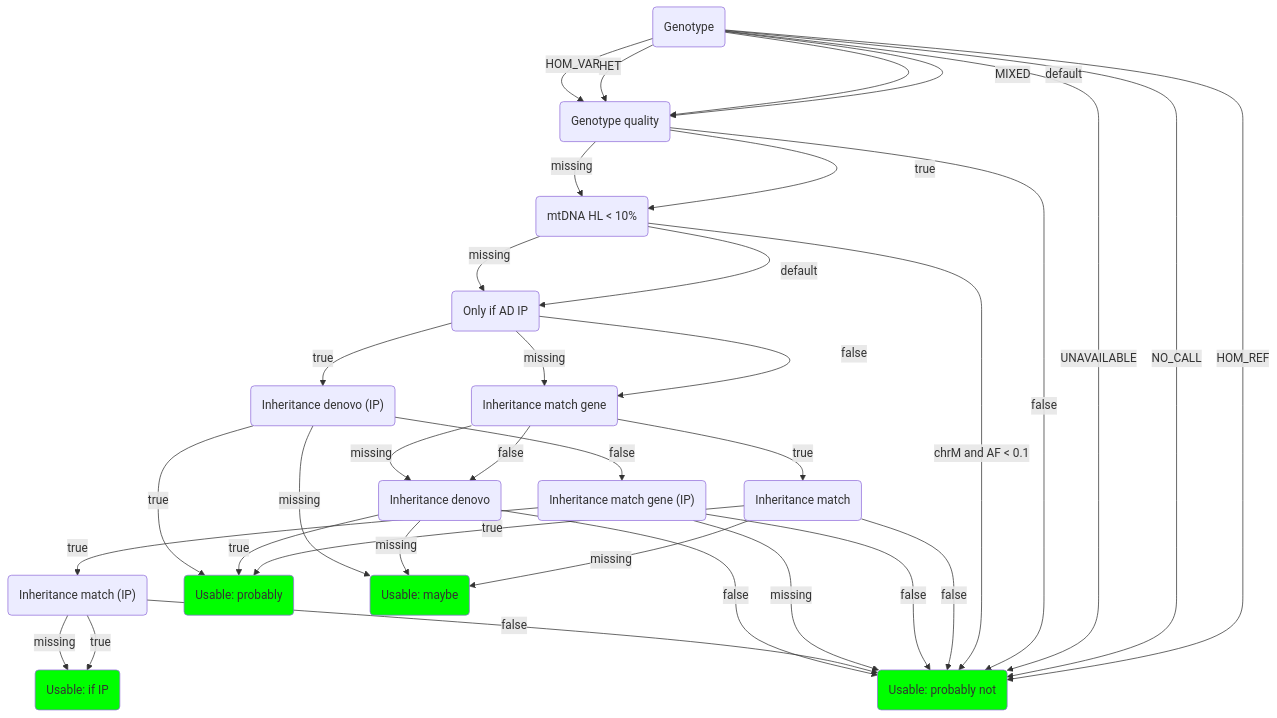
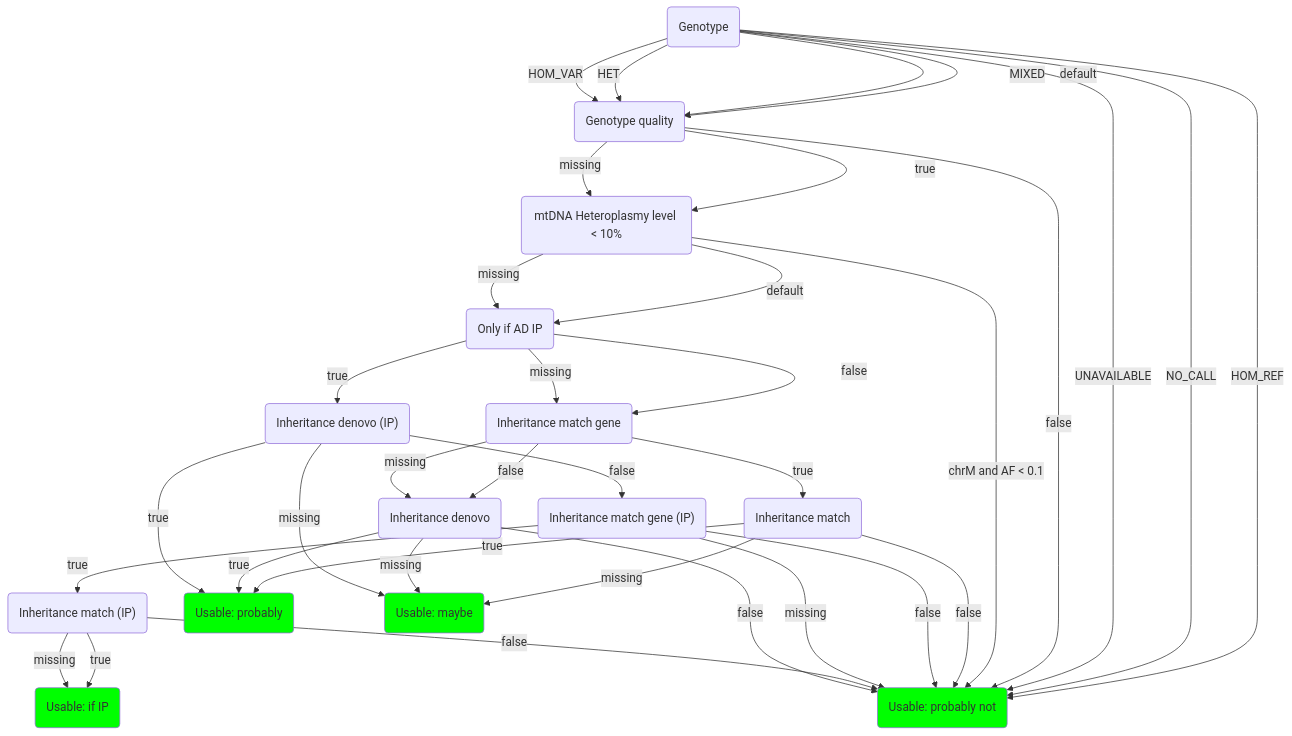
Before and after one commit to molgenis/vip: the second of 2 diagrams in docs/advanced/classification_trees.md, drawn with Mermaid. The commit also changed 1 other file, not shown here.

Commit message:
Implement suggested PR changes

````diff
--- a/docs/advanced/classification_trees.md
+++ b/docs/advanced/classification_trees.md
@@ -138,55 +138,55 @@
 ```mermaid
 flowchart TD
 gt_("Genotype")
 gq_("Genotype quality")
-mt_hl_filtering_("mtDNA HL < 10%")
+mt_hl_filtering_("mtDNA Heteroplasmy level < 10%")
 only_IP_("Only if AD IP")
 vig_("Inheritance match gene")
 vim_("Inheritance match")
 vig_IP_("Inheritance match gene (IP)")
 vim_IP_("Inheritance match (IP)")
 vid_("Inheritance denovo")
 vid_IP_("Inheritance denovo (IP)")
 exit_u1_("Usable: probably")
 style exit_u1_ fill:#00ff00
 exit_u2_("Usable: maybe")
 style exit_u2_ fill:#00ff00
 exit_u3_("Usable: probably not")
 style exit_u3_ fill:#00ff00
 exit_u4_("Usable: if IP")
 style exit_u4_ fill:#00ff00
 gt_ -->|"default"| gq_
 gt_ -->|"HOM_REF"| exit_u3_
 gt_ -->|"NO_CALL"| exit_u3_
 gt_ -->|"MIXED"| gq_
 gt_ -->|"HET"| gq_
 gt_ -->|"HOM_VAR"| gq_
 gt_ -->|"UNAVAILABLE"| exit_u3_
 gq_ -->|"true"| mt_hl_filtering_
 gq_ -->|"false"| exit_u3_
 gq_ -->|"missing"| mt_hl_filtering_
 mt_hl_filtering_ -->|"default"| only_IP_
 mt_hl_filtering_ -->|"chrM and AF < 0.1"| exit_u3_
 mt_hl_filtering_ -->|"missing"| only_IP_
 only_IP_ -->|"true"| vid_IP_
 only_IP_ -->|"false"| vig_
 only_IP_ -->|"missing"| vig_
 vig_ -->|"true"| vim_
 vig_ -->|"false"| vid_
 vig_ -->|"missing"| vid_
 vim_ -->|"true"| exit_u1_
 vim_ -->|"false"| exit_u3_
 vim_ -->|"missing"| exit_u2_
 vig_IP_ -->|"true"| vim_IP_
 vig_IP_ -->|"false"| exit_u3_
 vig_IP_ -->|"missing"| exit_u3_
 vim_IP_ -->|"true"| exit_u4_
 vim_IP_ -->|"false"| exit_u3_
 vim_IP_ -->|"missing"| exit_u4_
 vid_ -->|"true"| exit_u1_
 vid_ -->|"false"| exit_u3_
 vid_ -->|"missing"| exit_u2_
 vid_IP_ -->|"true"| exit_u1_
 vid_IP_ -->|"false"| vig_IP_
 vid_IP_ -->|"missing"| exit_u2_
 ```
````
